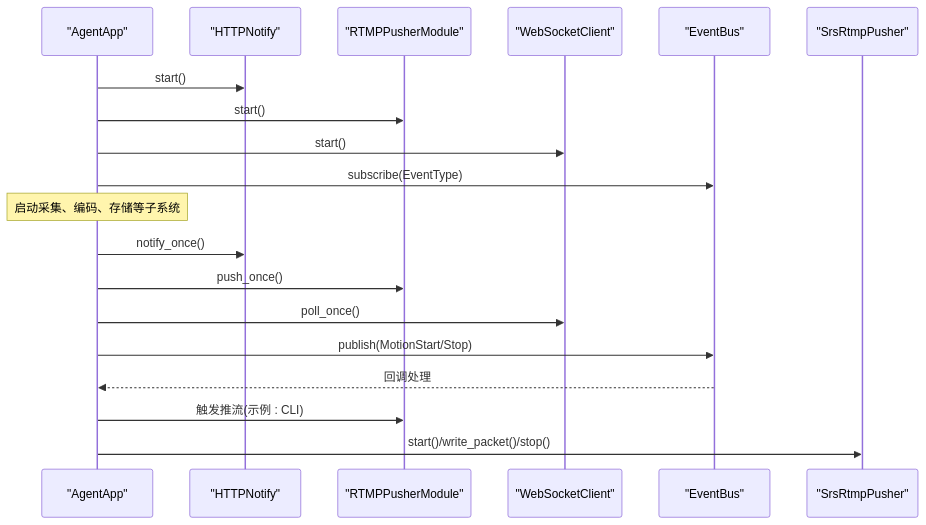
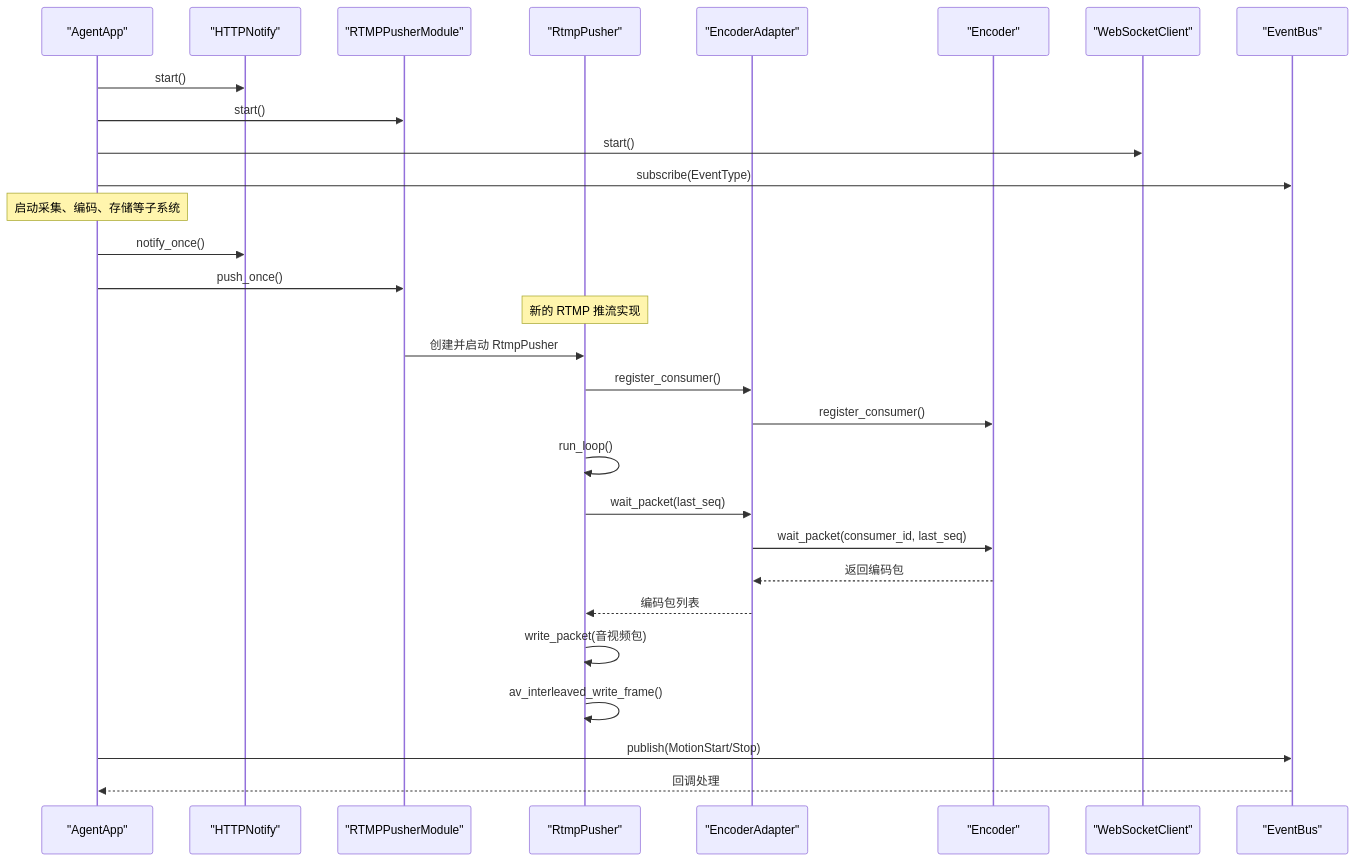
Before and after one commit to tsxuehu/pi-guard: the second of 6 diagrams in .qoder/repowiki/zh/content/C++ 代理程序/外部访问模块.md, drawn with Mermaid. The commit also changed other lines of this file and 8 other files, not shown here.

````diff
--- a/.qoder/repowiki/zh/content/C++ 代理程序/外部访问模块.md
+++ b/.qoder/repowiki/zh/content/C++ 代理程序/外部访问模块.md
@@ -122,21 +104,31 @@
 ```mermaid
 sequenceDiagram
 participant App as "AgentApp"
 participant HTTP as "HTTPNotify"
 participant RTMP as "RTMPPusherModule"
+participant Pusher as "RtmpPusher"
+participant Adapter as "EncoderAdapter"
+participant Encoder as "Encoder"
 participant WS as "WebSocketClient"
 participant Bus as "EventBus"
-participant Srs as "SrsRtmpPusher"
 App->>HTTP : start()
 App->>RTMP : start()
 App->>WS : start()
 App->>Bus : subscribe(EventType)
 Note over App : 启动采集、编码、存储等子系统
 App->>HTTP : notify_once()
 App->>RTMP : push_once()
-App->>WS : poll_once()
+Note over Pusher : 新的 RTMP 推流实现
+RTMP->>Pusher : 创建并启动 RtmpPusher
+Pusher->>Adapter : register_consumer()
+Adapter->>Encoder : register_consumer()
+Pusher->>Pusher : run_loop()
+Pusher->>Adapter : wait_packet(last_seq)
+Adapter->>Encoder : wait_packet(consumer_id, last_seq)
+Encoder-->>Adapter : 返回编码包
+Adapter-->>Pusher : 编码包列表
+Pusher->>Pusher : write_packet(音视频包)
+Pusher->>Pusher : av_interleaved_write_frame()
 App->>Bus : publish(MotionStart/Stop)
 Bus-->>App : 回调处理
-App->>RTMP : 触发推流(示例 : CLI)
-App->>Srs : start()/write_packet()/stop()
 ```
````
